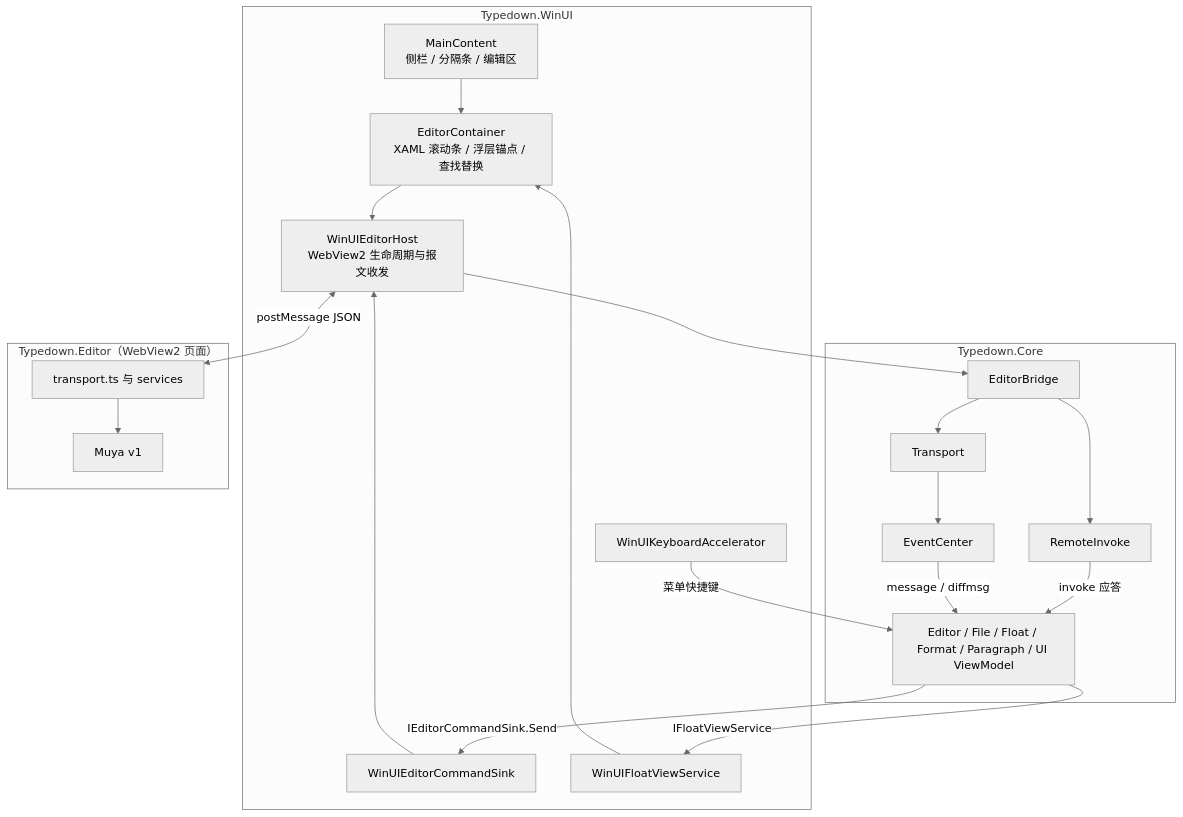
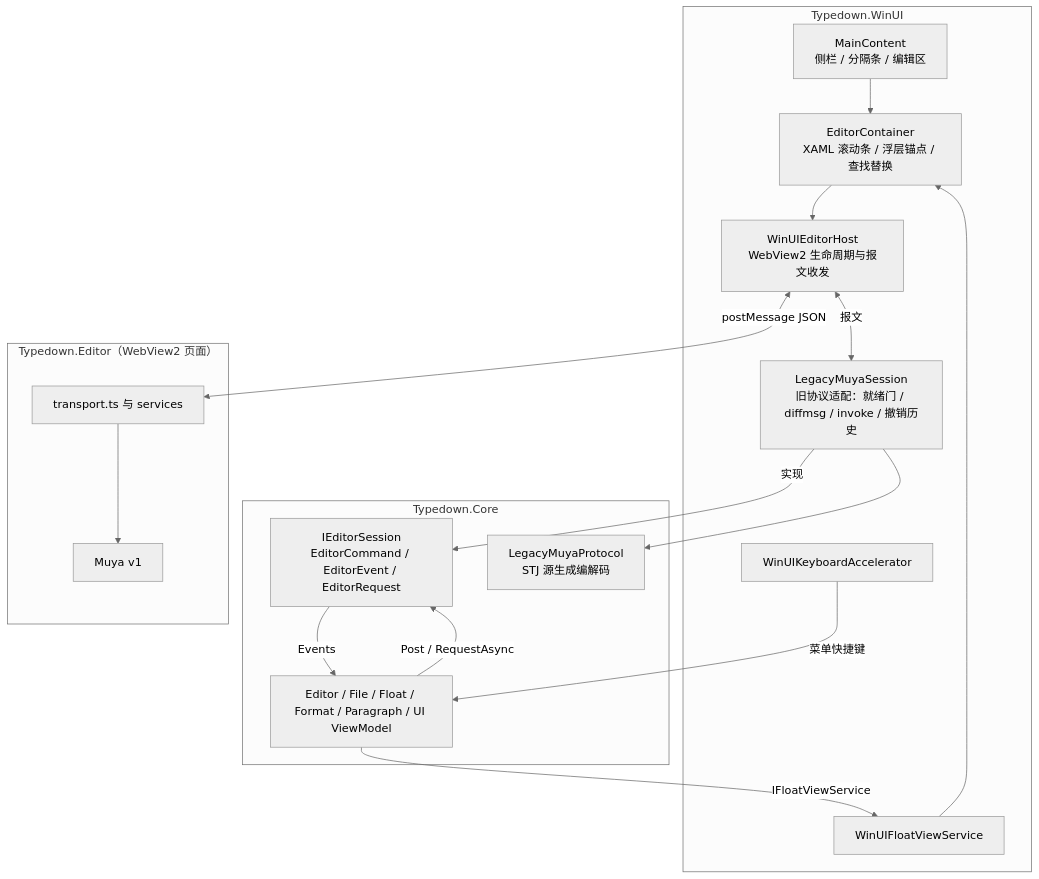
Before and after one commit to awarson2233/Typedown: the first of 6 diagrams in docs/architecture.md, drawn with Mermaid (neutral theme). The commit also changed other lines of this file, not shown here.

Commit message:
docs: describe the typed editor session and the legacy Muya adapter

````diff
--- a/docs/architecture.md
+++ b/docs/architecture.md
@@ -20,25 +21,26 @@
 ```mermaid
 flowchart TB
     subgraph WinUI["Typedown.WinUI"]
         MC["MainContent<br/>侧栏 / 分隔条 / 编辑区"] --> EC["EditorContainer<br/>XAML 滚动条 / 浮层锚点 / 查找替换"]
         EC --> Host["WinUIEditorHost<br/>WebView2 生命周期与报文收发"]
-        Sink["WinUIEditorCommandSink"] --> Host
+        Session["LegacyMuyaSession<br/>旧协议适配：就绪门 / diffmsg / invoke / 撤销历史"]
         Float["WinUIFloatViewService"] --> EC
         Keys["WinUIKeyboardAccelerator"]
     end
     subgraph Core["Typedown.Core"]
-        Bridge["EditorBridge"] --> RI["RemoteInvoke"]
-        Bridge --> TP["Transport"] --> EVC["EventCenter"]
+        Contract["IEditorSession<br/>EditorCommand / EditorEvent / EditorRequest"]
+        Codec["LegacyMuyaProtocol<br/>STJ 源生成编解码"]
         VM["Editor / File / Float / Format / Paragraph / UI ViewModel"]
     end
     subgraph Page["Typedown.Editor（WebView2 页面）"]
         TS["transport.ts 与 services"] --> Muya["Muya v1"]
     end
     Host <-->|"postMessage JSON"| TS
-    Host --> Bridge
-    RI -->|"invoke 应答"| VM
-    EVC -->|"message / diffmsg"| VM
-    VM -->|"IEditorCommandSink.Send"| Sink
+    Host <-->|"报文"| Session
+    Session -->|"实现"| Contract
+    Session --> Codec
+    VM -->|"Post / RequestAsync"| Contract
+    Contract -->|"Events"| VM
     VM -->|"IFloatViewService"| Float
     Keys -->|"菜单快捷键"| VM
 ```
````
